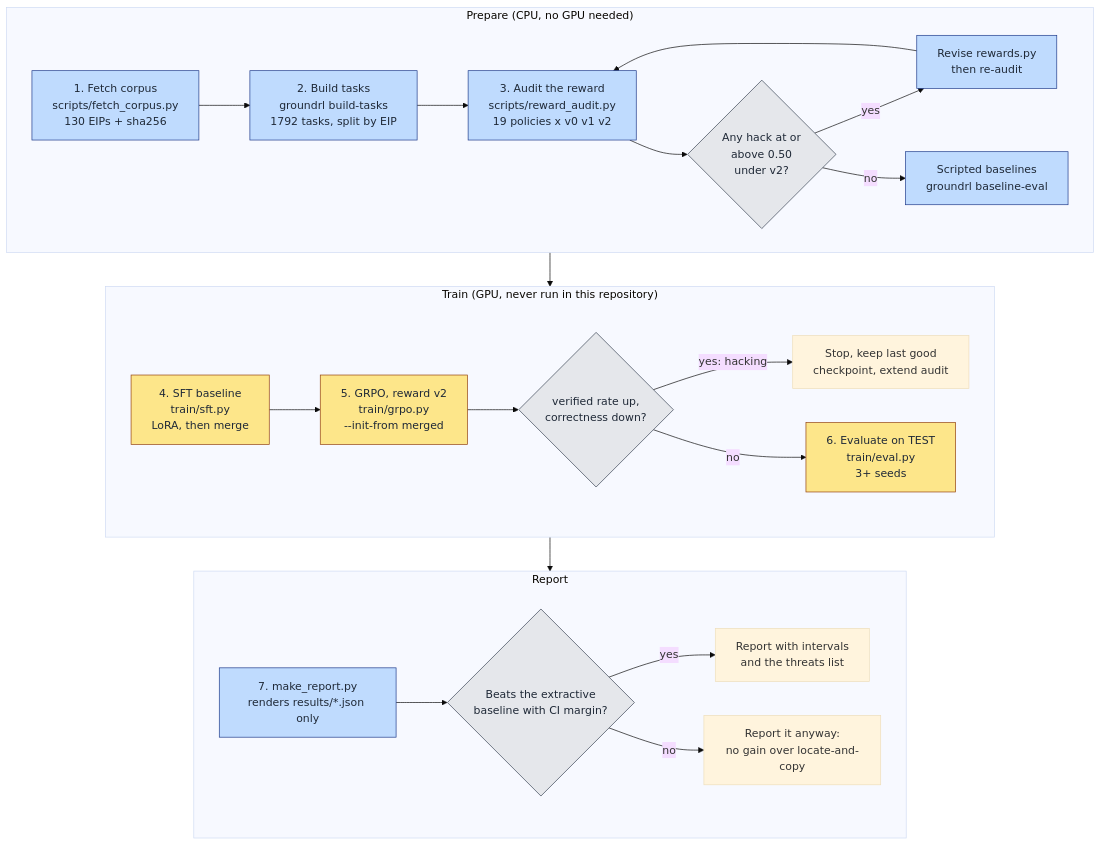
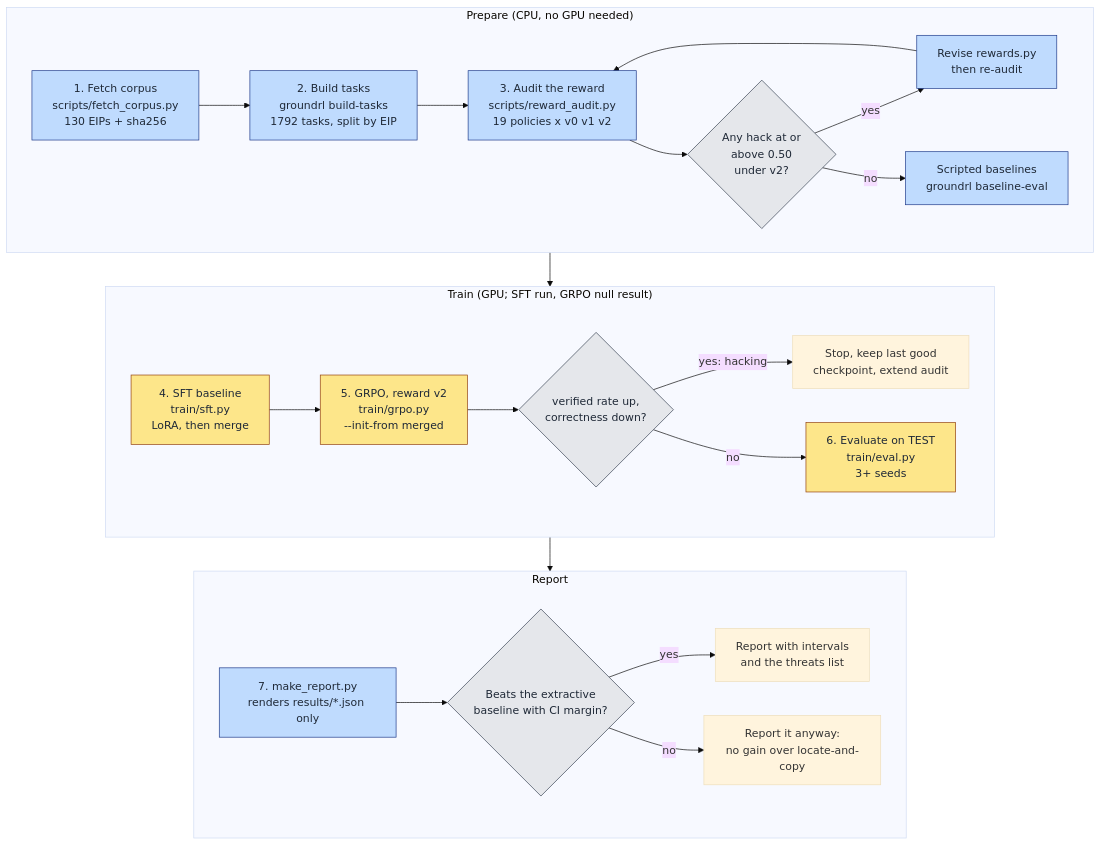
One commit to Intermountainh8ter/groundrl changed the diagram in docs/diagrams/usage.mmd. Above: the diagram before and after it, drawn with Mermaid (base theme). The commit also changed 13 other files, not shown here.

First line of the commit message:
docs: report the real SFT and null GRPO results in the launch copy

```diff
--- a/docs/diagrams/usage.mmd
+++ b/docs/diagrams/usage.mmd
@@ -1,31 +1,31 @@
 flowchart TB
     subgraph prep ["Prepare (CPU, no GPU needed)"]
         direction LR
         A["1. Fetch corpus<br/>scripts/fetch_corpus.py<br/>130 EIPs + sha256"] --> B["2. Build tasks<br/>groundrl build-tasks<br/>1792 tasks, split by EIP"]
         B --> C["3. Audit the reward<br/>scripts/reward_audit.py<br/>19 policies x v0 v1 v2"]
         C --> D{"Any hack at or<br/>above 0.50<br/>under v2?"}
         D -- "yes" --> E["Revise rewards.py<br/>then re-audit"]
         E --> C
         D -- "no" --> F["Scripted baselines<br/>groundrl baseline-eval"]
     end
-    subgraph train ["Train (GPU, never run in this repository)"]
+    subgraph train ["Train (GPU; SFT run, GRPO null result)"]
         direction LR
         G["4. SFT baseline<br/>train/sft.py<br/>LoRA, then merge"] --> H["5. GRPO, reward v2<br/>train/grpo.py<br/>--init-from merged"]
         H --> I{"verified rate up,<br/>correctness down?"}
         I -- "yes: hacking" --> J["Stop, keep last good<br/>checkpoint, extend audit"]
         I -- "no" --> K["6. Evaluate on TEST<br/>train/eval.py<br/>3+ seeds"]
     end
     subgraph out ["Report"]
         direction LR
         L["7. make_report.py<br/>renders results/*.json only"] --> M{"Beats the extractive<br/>baseline with CI margin?"}
         M -- "yes" --> N["Report with intervals<br/>and the threats list"]
         M -- "no" --> O["Report it anyway:<br/>no gain over locate-and-copy"]
     end
     prep --> train --> out
 
     classDef gpu fill:#fde68a,stroke:#92400e,color:#1f2937
     classDef cpu fill:#bfdbfe,stroke:#1e3a8a,color:#1f2937
     classDef decision fill:#e5e7eb,stroke:#374151,color:#1f2937
     class A,B,C,E,F,L cpu
     class G,H,K gpu
     class D,I,M decision
```
